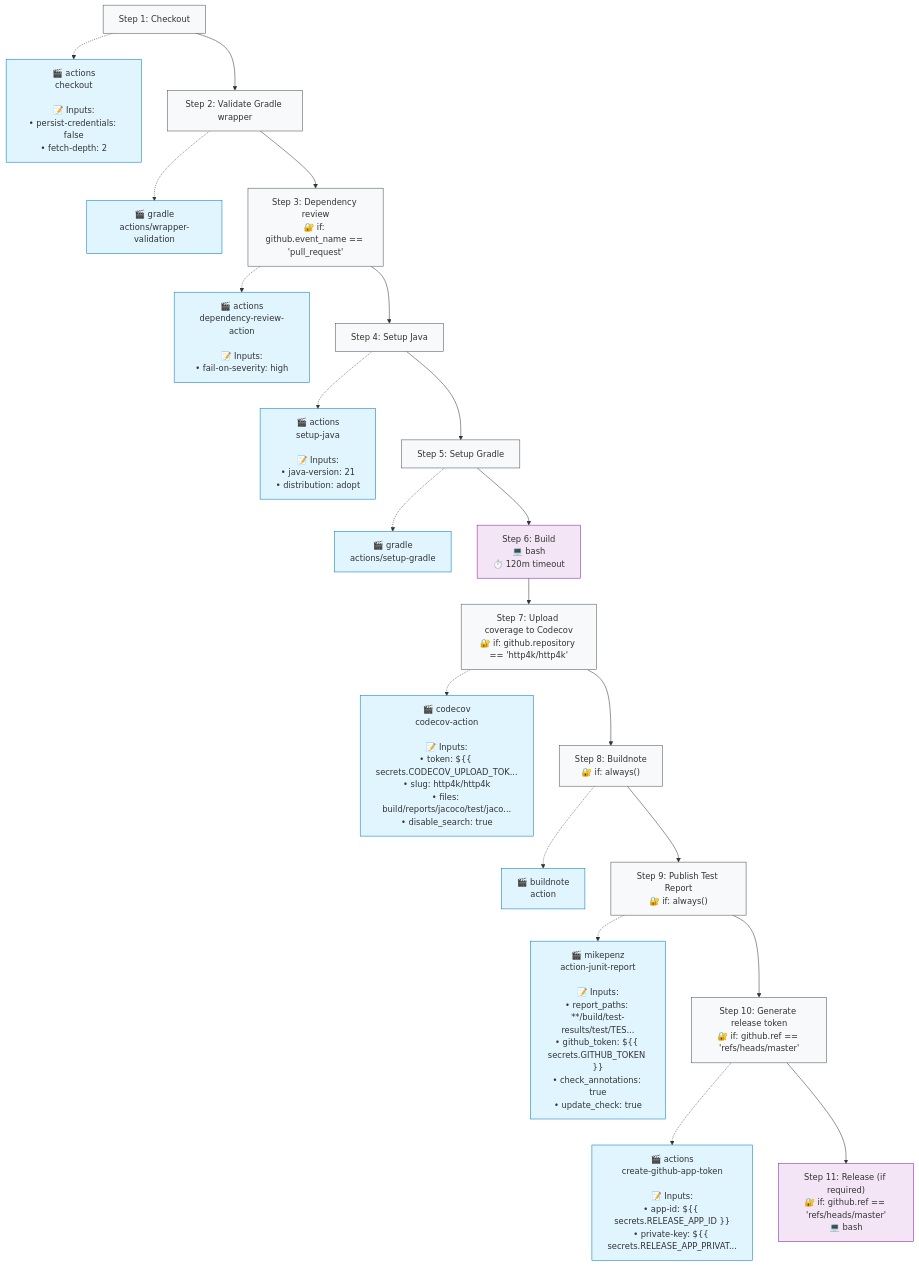
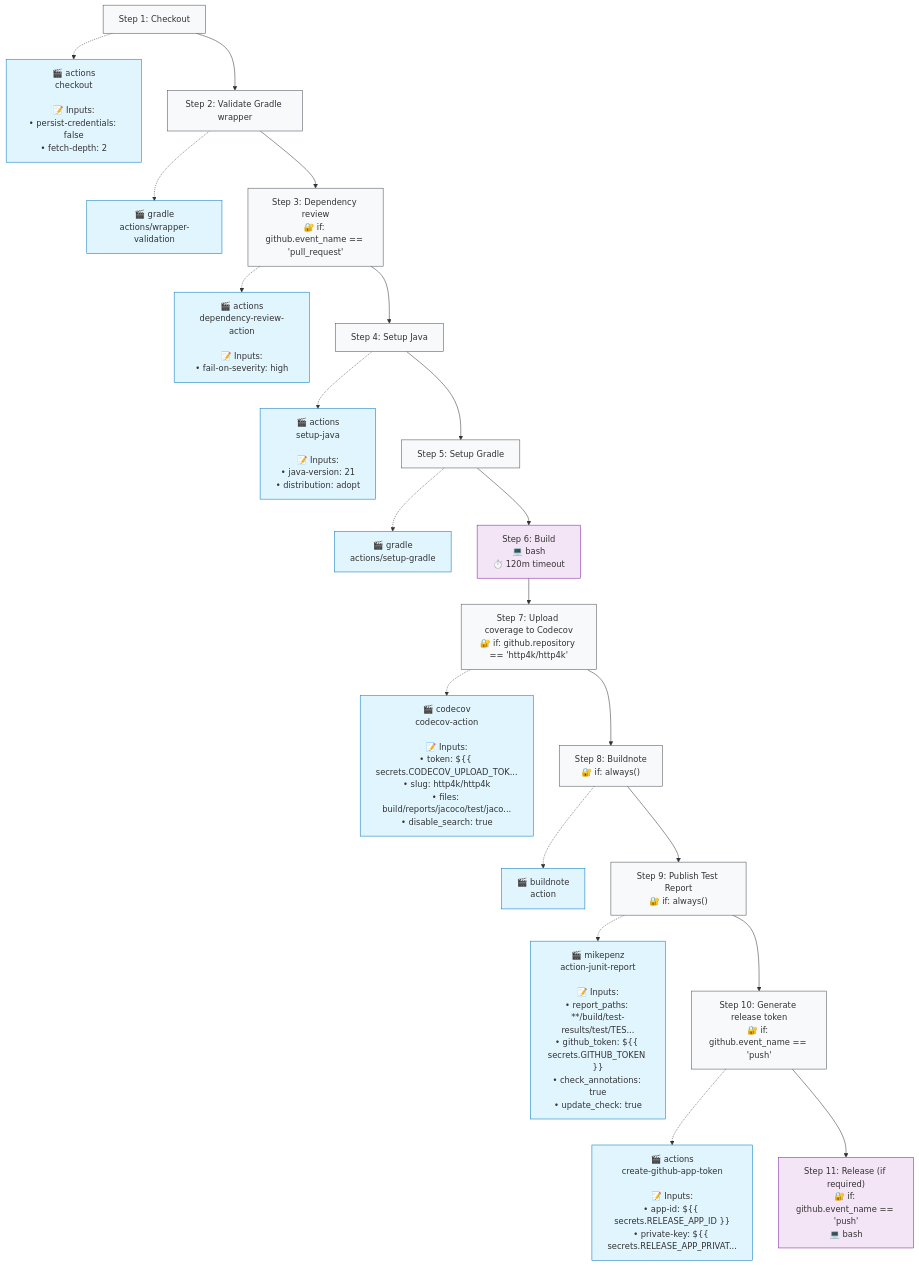
Before and after one commit to http4k/http4k: the second of 2 diagrams in .github/typeflows/build-http4k/README.md, drawn with Mermaid. The commit also changed other lines of this file and 3 other files, not shown here.

````diff
--- a/.github/typeflows/build-http4k/README.md
+++ b/.github/typeflows/build-http4k/README.md
@@ -24,63 +24,63 @@
 ```mermaid
 %%{init: {"flowchart": {"curve": "basis"}}}%%
 flowchart TD
     step1["Step 1: Checkout"]
     style step1 fill:#f8f9fa,stroke:#495057
     action1["🎬 actions<br/>checkout<br/><br/>📝 Inputs:<br/>• persist-credentials: false<br/>• fetch-depth: 2"]
     style action1 fill:#e1f5fe,stroke:#0277bd
     step1 -.-> action1
     step2["Step 2: Validate Gradle wrapper"]
     style step2 fill:#f8f9fa,stroke:#495057
     action2["🎬 gradle<br/>actions/wrapper-validation"]
     style action2 fill:#e1f5fe,stroke:#0277bd
     step2 -.-> action2
     step1 --> step2
     step3["Step 3: Dependency review<br/>🔐 if: github.event_name == 'pull_request'"]
     style step3 fill:#f8f9fa,stroke:#495057
     action3["🎬 actions<br/>dependency-review-action<br/><br/>📝 Inputs:<br/>• fail-on-severity: high"]
     style action3 fill:#e1f5fe,stroke:#0277bd
     step3 -.-> action3
     step2 --> step3
     step4["Step 4: Setup Java"]
     style step4 fill:#f8f9fa,stroke:#495057
     action4["🎬 actions<br/>setup-java<br/><br/>📝 Inputs:<br/>• java-version: 21<br/>• distribution: adopt"]
     style action4 fill:#e1f5fe,stroke:#0277bd
     step4 -.-> action4
     step3 --> step4
     step5["Step 5: Setup Gradle"]
     style step5 fill:#f8f9fa,stroke:#495057
     action5["🎬 gradle<br/>actions/setup-gradle"]
     style action5 fill:#e1f5fe,stroke:#0277bd
     step5 -.-> action5
     step4 --> step5
     step6["Step 6: Build<br/>💻 bash<br/>⏱️ 120m timeout"]
     style step6 fill:#f3e5f5,stroke:#7b1fa2
     step5 --> step6
     step7["Step 7: Upload coverage to Codecov<br/>🔐 if: github.repository == 'http4k/http4k'"]
     style step7 fill:#f8f9fa,stroke:#495057
     action7["🎬 codecov<br/>codecov-action<br/><br/>📝 Inputs:<br/>• token: ${{ secrets.CODECOV_UPLOAD_TOK...<br/>• slug: http4k/http4k<br/>• files: build/reports/jacoco/test/jaco...<br/>• disable_search: true"]
     style action7 fill:#e1f5fe,stroke:#0277bd
     step7 -.-> action7
     step6 --> step7
     step8["Step 8: Buildnote<br/>🔐 if: always()"]
     style step8 fill:#f8f9fa,stroke:#495057
     action8["🎬 buildnote<br/>action"]
     style action8 fill:#e1f5fe,stroke:#0277bd
     step8 -.-> action8
     step7 --> step8
     step9["Step 9: Publish Test Report<br/>🔐 if: always()"]
     style step9 fill:#f8f9fa,stroke:#495057
     action9["🎬 mikepenz<br/>action-junit-report<br/><br/>📝 Inputs:<br/>• report_paths: **/build/test-results/test/TES...<br/>• github_token: ${{ secrets.GITHUB_TOKEN }}<br/>• check_annotations: true<br/>• update_check: true"]
     style action9 fill:#e1f5fe,stroke:#0277bd
     step9 -.-> action9
     step8 --> step9
-    step10["Step 10: Generate release token<br/>🔐 if: github.ref == 'refs/heads/master'"]
+    step10["Step 10: Generate release token<br/>🔐 if: github.event_name == 'push'"]
     style step10 fill:#f8f9fa,stroke:#495057
     action10["🎬 actions<br/>create-github-app-token<br/><br/>📝 Inputs:<br/>• app-id: ${{ secrets.RELEASE_APP_ID }}<br/>• private-key: ${{ secrets.RELEASE_APP_PRIVAT..."]
     style action10 fill:#e1f5fe,stroke:#0277bd
     step10 -.-> action10
     step9 --> step10
-    step11["Step 11: Release (if required)<br/>🔐 if: github.ref == 'refs/heads/master'<br/>💻 bash"]
+    step11["Step 11: Release (if required)<br/>🔐 if: github.event_name == 'push'<br/>💻 bash"]
     style step11 fill:#f3e5f5,stroke:#7b1fa2
     step10 --> step11
 ```
````
